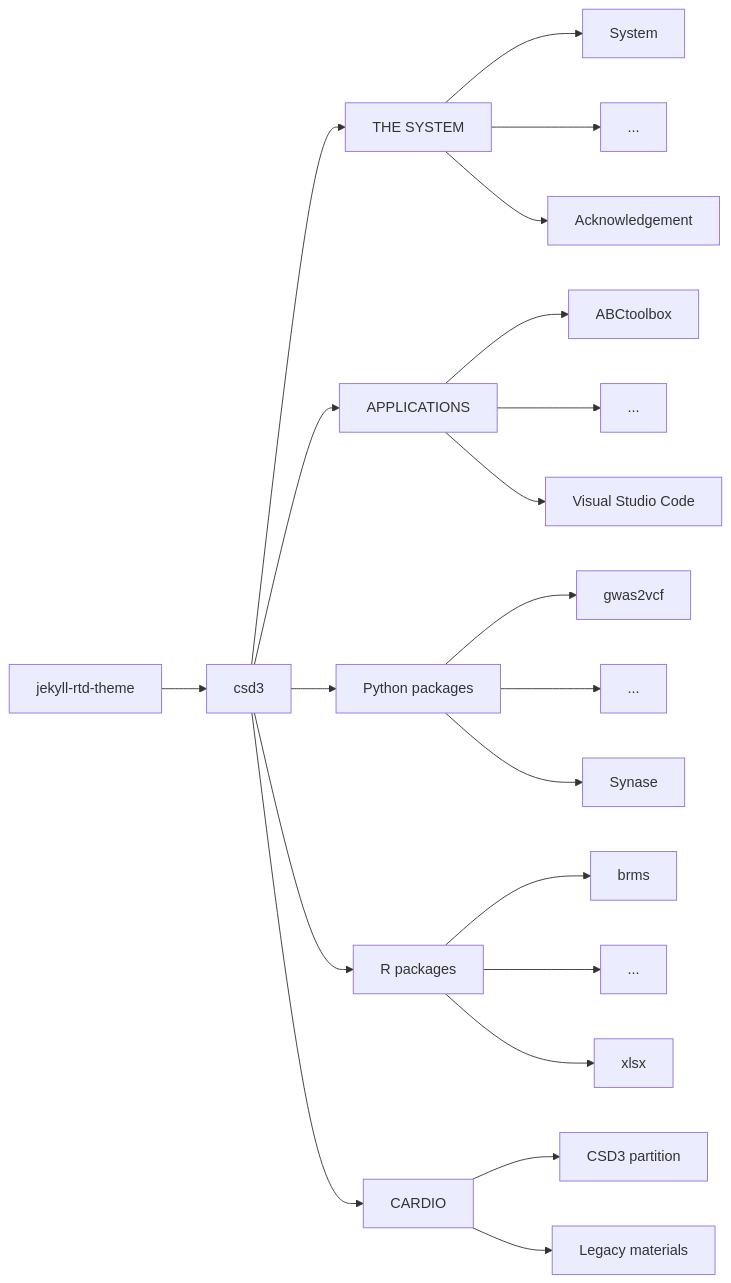
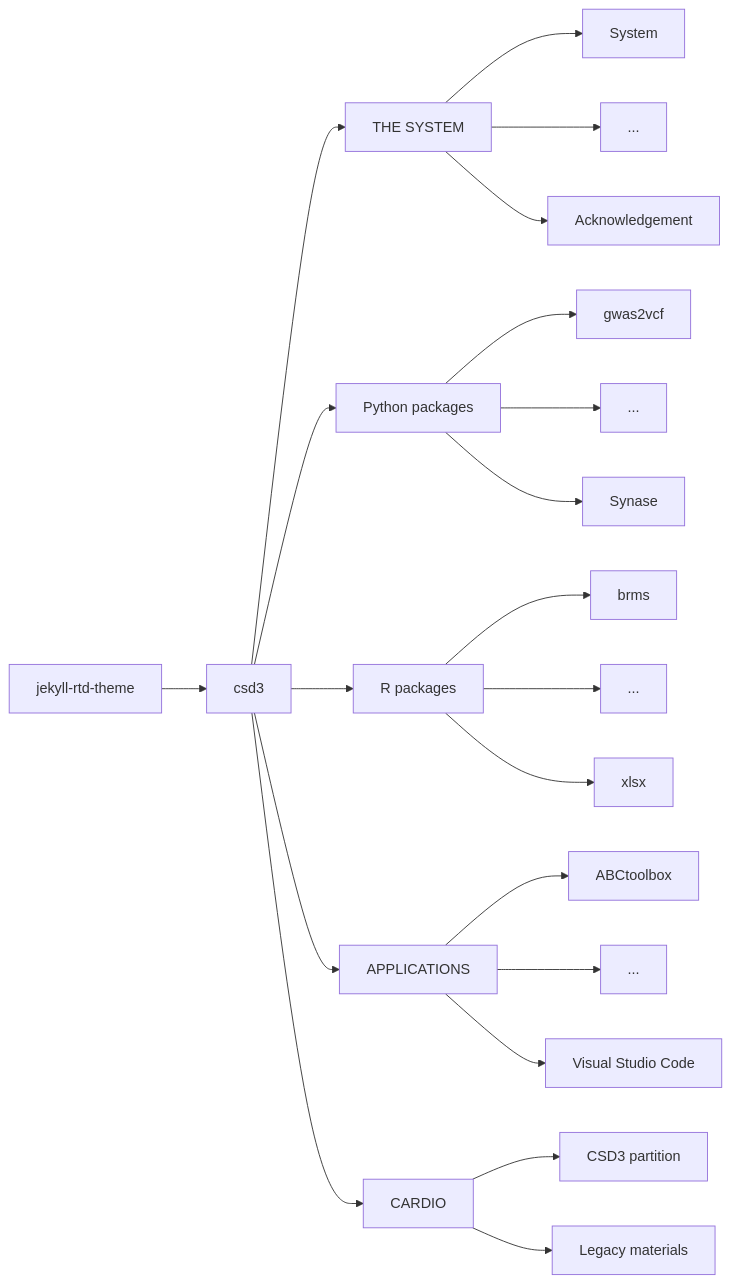
Before and after one commit to cambridge-ceu/csd3: the diagram in README.md, drawn with Mermaid. The commit also changed other lines of this file and 3 other files, not shown here.

````diff
--- a/README.md
+++ b/README.md
@@ -10,23 +10,23 @@
 ```mermaid
 graph LR;
 jekyll-rtd-theme --> csd3
 csd3 --> system["THE SYSTEM"]
-csd3 --> applications["APPLICATIONS"]
 csd3 --> Python["Python packages"]
 csd3 --> R["R packages"]
+csd3 --> applications["APPLICATIONS"]
 csd3 --> cardio["CARDIO"]
 system --> System
 system --> sysdot["..."]
 system --> Acknowledgement
 cardio --> cp["CSD3 partition"]
 cardio --> lm["Legacy materials"]
 applications --> ABCtoolbox
 applications --> appdot["..."]
 applications --> vsc["Visual Studio Code"]
 Python --> gwas2vcf
 Python --> Pythondot["..."]
 Python --> Synase
 R --> brms
 R --> Rdot["..."]
 R --> xlsx
 ```
````
